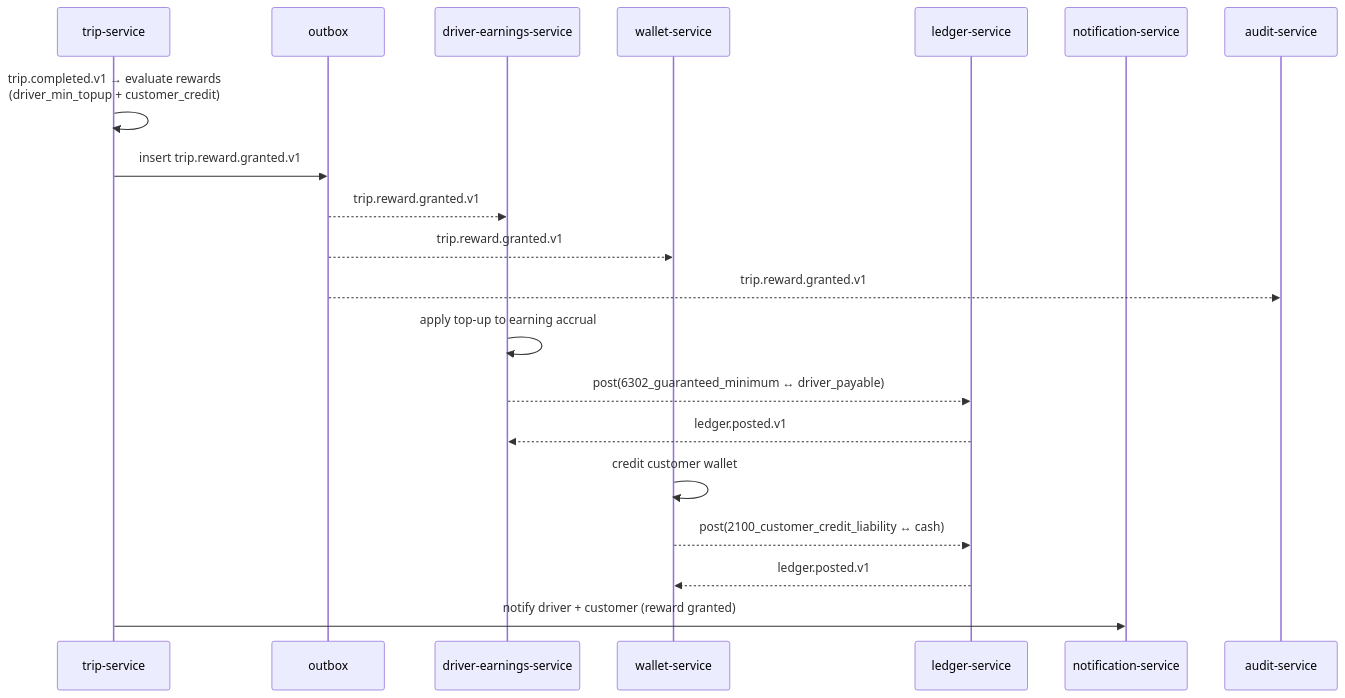
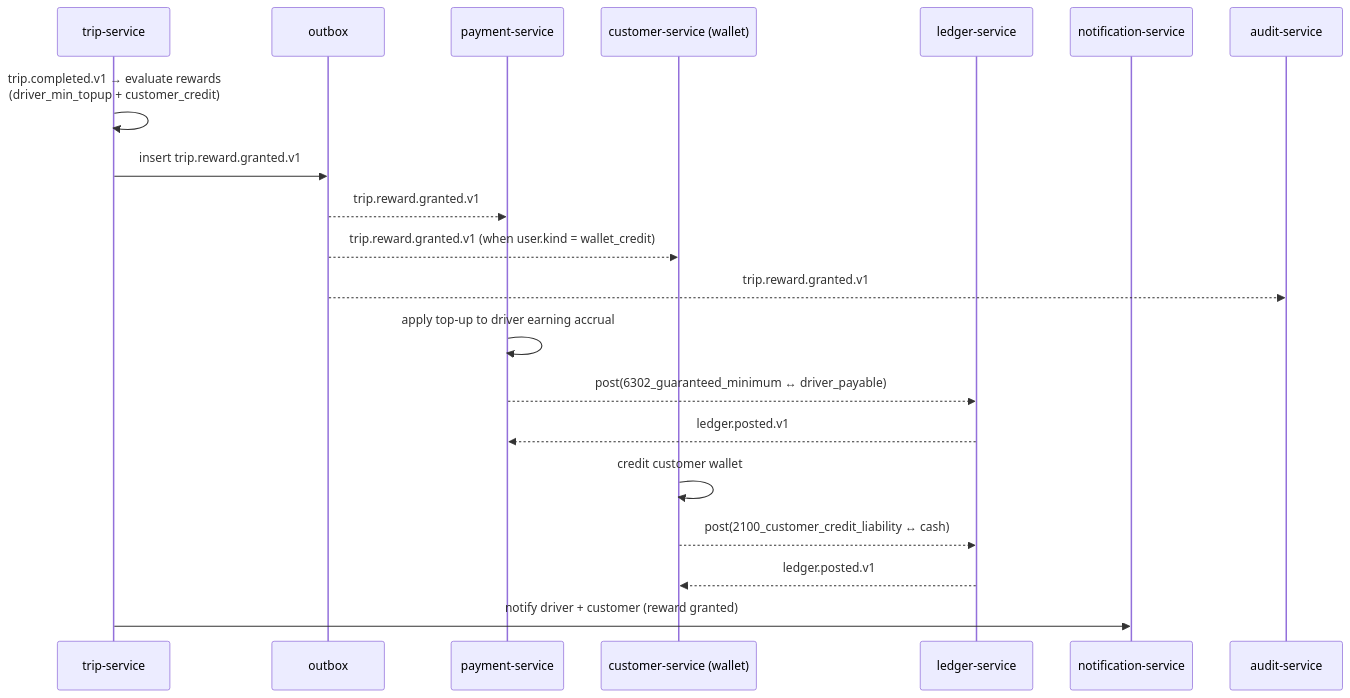
Before and after one commit to mohamedhabibwork/trips-enjoy-docs: the eighth of 14 diagrams in docs/workflows/RIDE_WORKFLOWS.md, drawn with Mermaid. The commit also changed other lines of this file and 525 other files, not shown here.

````diff
--- a/docs/workflows/RIDE_WORKFLOWS.md
+++ b/docs/workflows/RIDE_WORKFLOWS.md
@@ -202,23 +195,23 @@
 ```mermaid
 sequenceDiagram
     participant TR as trip-service
     participant OB as outbox
-    participant DE as driver-earnings-service
-    participant WLT as wallet-service
+    participant PAY as payment-service
+    participant CUS as customer-service (wallet)
     participant LD as ledger-service
     participant NOT as notification-service
     participant AUD as audit-service
 
     TR->>TR: trip.completed.v1 → evaluate rewards<br/>(driver_min_topup + customer_credit)
     TR->>OB: insert trip.reward.granted.v1
-    OB-->>DE: trip.reward.granted.v1
-    OB-->>WLT: trip.reward.granted.v1
+    OB-->>PAY: trip.reward.granted.v1
+    OB-->>CUS: trip.reward.granted.v1 (when user.kind = wallet_credit)
     OB-->>AUD: trip.reward.granted.v1
-    DE->>DE: apply top-up to earning accrual
-    DE-->>LD: post(6302_guaranteed_minimum ↔ driver_payable)
-    LD-->>DE: ledger.posted.v1
-    WLT->>WLT: credit customer wallet
-    WLT-->>LD: post(2100_customer_credit_liability ↔ cash)
-    LD-->>WLT: ledger.posted.v1
+    PAY->>PAY: apply top-up to driver earning accrual
+    PAY-->>LD: post(6302_guaranteed_minimum ↔ driver_payable)
+    LD-->>PAY: ledger.posted.v1
+    CUS->>CUS: credit customer wallet
+    CUS-->>LD: post(2100_customer_credit_liability ↔ cash)
+    LD-->>CUS: ledger.posted.v1
     TR->>NOT: notify driver + customer (reward granted)
 ```
````
